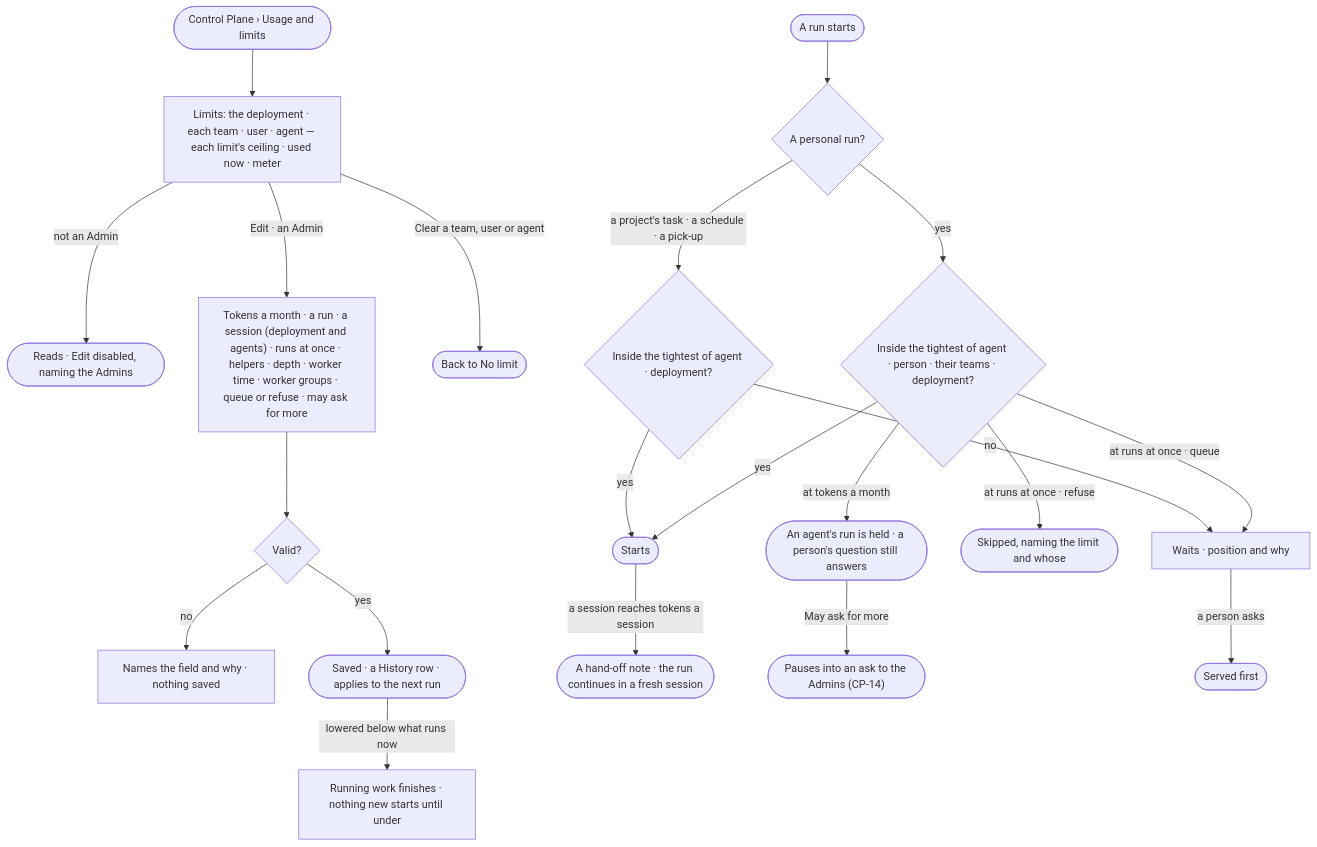
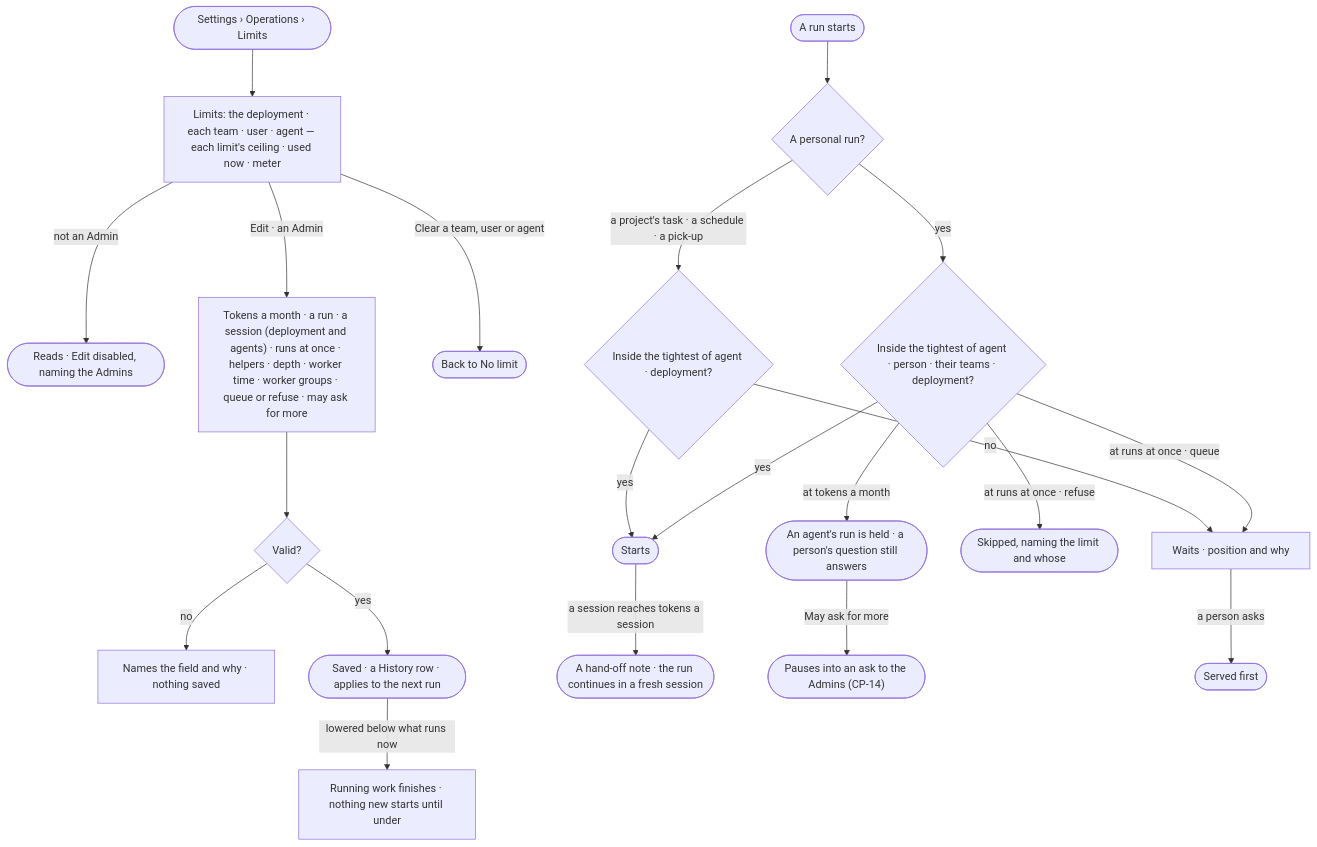
The diagram in specs/os/control/features/CP-F04-limits/stories/CP-11-set-limits-for-the-deployment-a-team-a-user-or-an-agent/story.md (invana/invana), drawn with Mermaid before and after one commit. The commit also changed 106 other files, not shown here.

````diff
--- a/specs/os/control/features/CP-F04-limits/stories/CP-11-set-limits-for-the-deployment-a-team-a-user-or-an-agent/story.md
+++ b/specs/os/control/features/CP-F04-limits/stories/CP-11-set-limits-for-the-deployment-a-team-a-user-or-an-agent/story.md
@@ -27,23 +27,23 @@
 ```mermaid
 flowchart TD
-  s([Control Plane › Usage and limits]) --> t["Limits: the deployment · each team · user · agent — each limit's ceiling · used now · meter"]
+  s([Settings › Operations › Limits]) --> t["Limits: the deployment · each team · user · agent — each limit's ceiling · used now · meter"]
   t -->|not an Admin| ro(["Reads · Edit disabled, naming the Admins"])
   t -->|Edit · an Admin| e["Tokens a month · a run · a session (deployment and agents) · runs at once · helpers · depth · worker time · worker groups · queue or refuse · may ask for more"]
   e --> v{"Valid?"}
   v -->|no| vf["Names the field and why · nothing saved"]
   v -->|yes| sv(["Saved · a History row · applies to the next run"])
   sv -->|lowered below what runs now| lo["Running work finishes · nothing new starts until under"]
   t -->|Clear a team, user or agent| cl(["Back to No limit"])
   run([A run starts]) --> pr{"A personal run?"}
   pr -->|yes| b{"Inside the tightest of agent · person · their teams · deployment?"}
   pr -->|a project's task · a schedule · a pick-up| b2{"Inside the tightest of agent · deployment?"}
   b2 -->|yes| go
   b2 -->|no| q
   go -->|a session reaches tokens a session| ct(["A hand-off note · the run continues in a fresh session"])
   b -->|yes| go(["Starts"])
   b -->|at runs at once · queue| q["Waits · position and why"]
   b -->|at runs at once · refuse| r(["Skipped, naming the limit and whose"])
   b -->|at tokens a month| h(["An agent's run is held · a person's question still answers"])
   h -->|May ask for more| ask(["Pauses into an ask to the Admins (CP-14)"])
   q -->|a person asks| p(["Served first"])
 ```
````
